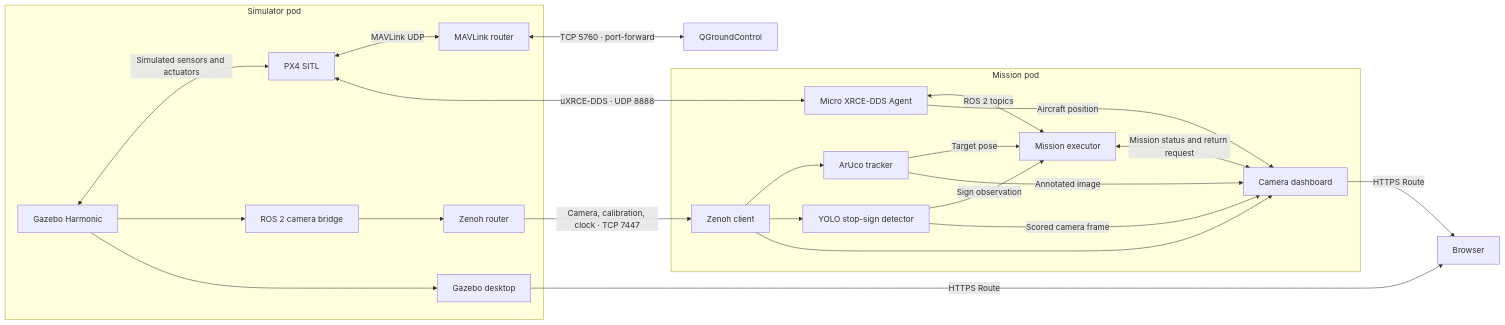
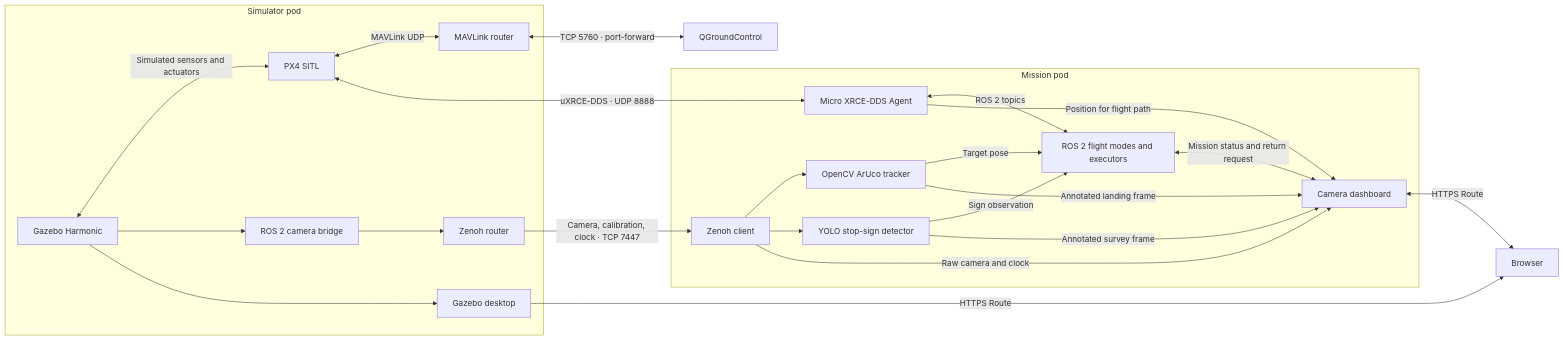
One commit to pzhao0/px4-mission-openshift-demo changed the diagram in README.md. Above: the diagram before and after it, drawn with Mermaid. The commit also changed other lines of this file and 1 other file, not shown here.

Commit message:
Document OpenCV, survey perception, and the Gazebo replay scenes

````diff
--- a/README.md
+++ b/README.md
@@ -11,38 +11,38 @@
 ```mermaid
 flowchart LR
     subgraph sim["Simulator pod"]
         gz["Gazebo Harmonic"]
         px4["PX4 SITL"]
         bridge["ROS 2 camera bridge"]
         send["Zenoh router"]
         mav["MAVLink router"]
         desktop["Gazebo desktop"]
         gz <-->|Simulated sensors and actuators| px4
         gz --> bridge --> send
         px4 <-->|MAVLink UDP| mav
         gz --> desktop
     end
 
     subgraph companion["Mission pod"]
         receive["Zenoh client"]
         agent["Micro XRCE-DDS Agent"]
-        tracker["ArUco tracker"]
+        tracker["OpenCV ArUco tracker"]
         yolo["YOLO stop-sign detector"]
-        executor["Mission executor"]
+        executor["ROS 2 flight modes and executors"]
         dashboard["Camera dashboard"]
         receive --> tracker -->|Target pose| executor
         receive --> yolo -->|Sign observation| executor
-        yolo -->|Scored camera frame| dashboard
-        receive --> dashboard
+        yolo -->|Annotated survey frame| dashboard
+        receive -->|Raw camera and clock| dashboard
         agent <-->|ROS 2 topics| executor
-        agent -->|Aircraft position| dashboard
-        tracker -->|Annotated image| dashboard
+        agent -->|Position for flight path| dashboard
+        tracker -->|Annotated landing frame| dashboard
         executor <-->|Mission status and return request| dashboard
     end
 
     send -->|Camera, calibration, clock · TCP 7447| receive
     px4 <-->|uXRCE-DDS · UDP 8888| agent
     mav <-->|TCP 5760 · port-forward| qgc["QGroundControl"]
     desktop -->|HTTPS Route| browser["Browser"]
-    dashboard -->|HTTPS Route| browser
+    dashboard <-->|HTTPS Route| browser
 ```
````
